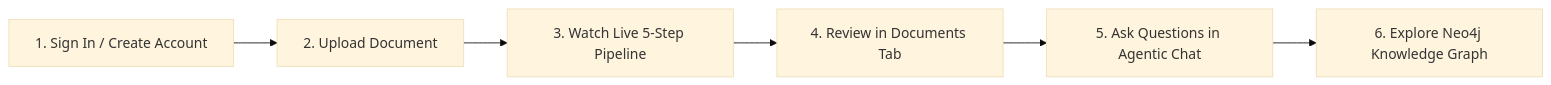
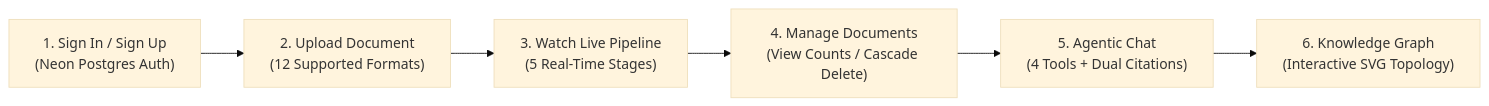
One commit to Dronanaik/adk_rag changed the diagram in docs/USER_GUIDE.md. Above: the diagram before and after it, drawn with Mermaid (base theme). The commit also changed other lines of this file and 7 other files, not shown here.

````diff
--- a/docs/USER_GUIDE.md
+++ b/docs/USER_GUIDE.md
@@ -9,8 +9,8 @@
 ```mermaid
 flowchart LR
-    A["1. Sign In / Create Account"] --> B["2. Upload Document"]
-    B --> C["3. Watch Live 5-Step Pipeline"]
-    C --> D["4. Review in Documents Tab"]
-    D --> E["5. Ask Questions in Agentic Chat"]
-    E --> F["6. Explore Neo4j Knowledge Graph"]
+    A["1. Sign In / Sign Up\n(Neon Postgres Auth)"] --> B["2. Upload Document\n(12 Supported Formats)"]
+    B --> C["3. Watch Live Pipeline\n(5 Real-Time Stages)"]
+    C --> D["4. Manage Documents\n(View Counts / Cascade Delete)"]
+    D --> E["5. Agentic Chat\n(4 Tools + Dual Citations)"]
+    E --> F["6. Knowledge Graph\n(Interactive SVG Topology)"]
 ```
````
